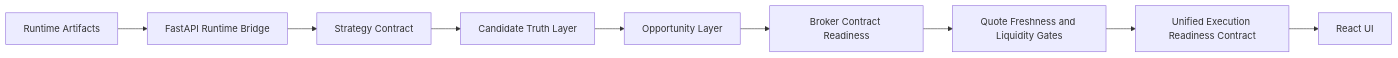
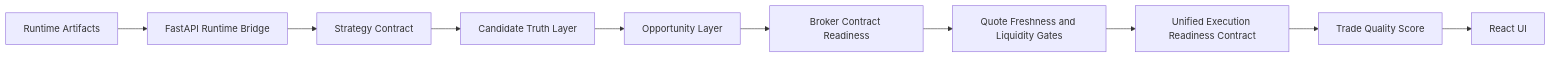
The diagram in README.md (ramgolladi1503-sys/algotradify), drawn with Mermaid before and after one commit. The commit also changed other lines of this file, not shown here.

Commit message:
Document trade quality score

````diff
--- a/README.md
+++ b/README.md
@@ -19,11 +19,12 @@
 ```mermaid
 flowchart LR
     A[Runtime Artifacts] --> B[FastAPI Runtime Bridge]
     B --> C[Strategy Contract]
     C --> D[Candidate Truth Layer]
     D --> E[Opportunity Layer]
     E --> F[Broker Contract Readiness]
     F --> G[Quote Freshness and Liquidity Gates]
     G --> H[Unified Execution Readiness Contract]
-    H --> I[React UI]
+    H --> I[Trade Quality Score]
+    I --> J[React UI]
 ```
````
